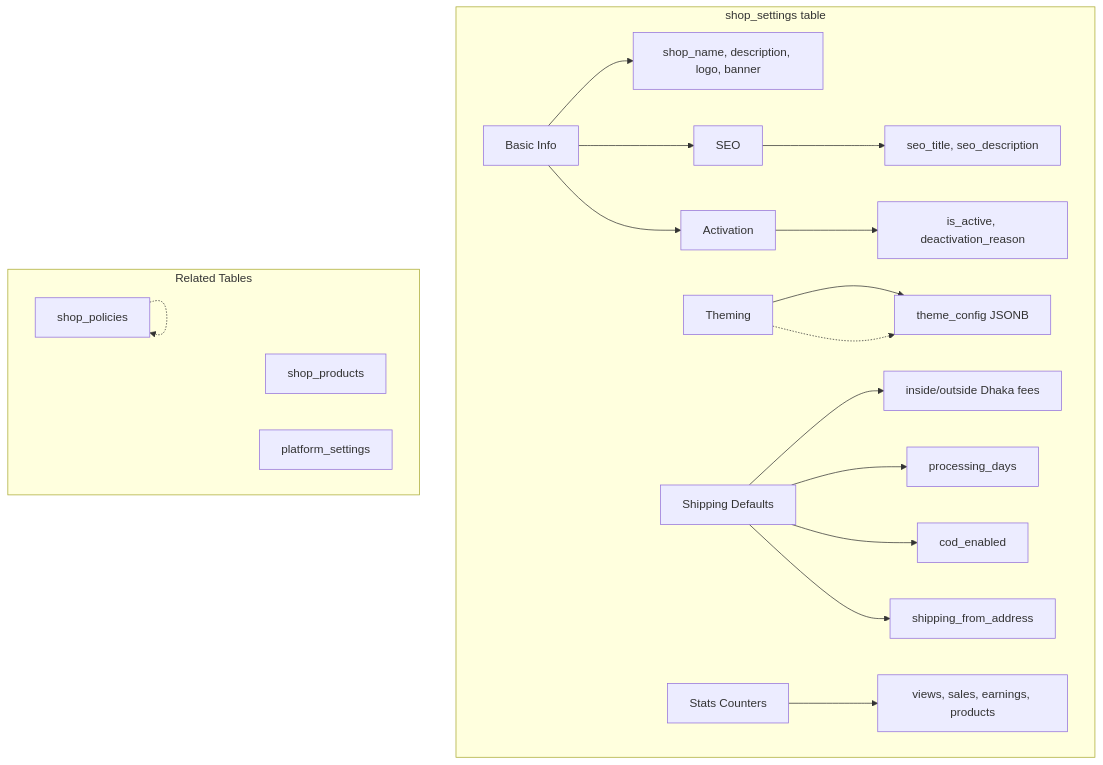
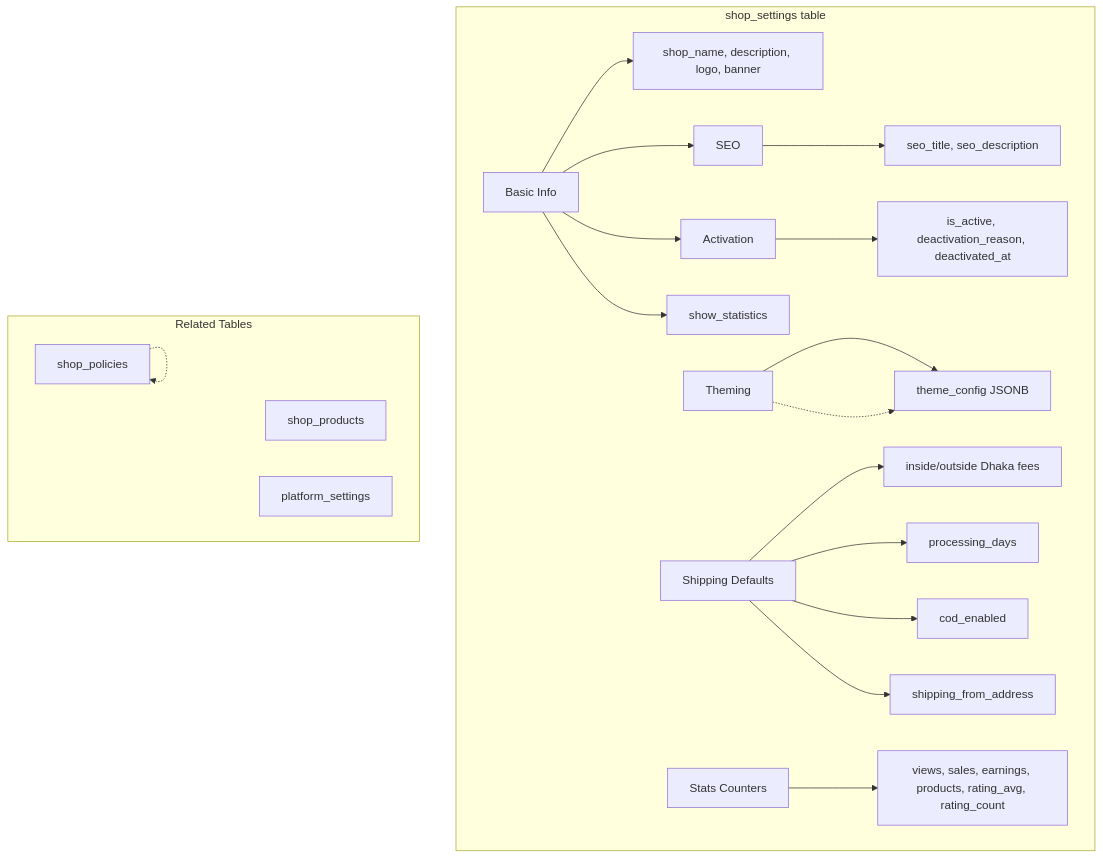
One commit to hobenakicoffee/libraries changed the diagram in docs/shop-service/backend/shop-settings.md. Above: the diagram before and after it, drawn with Mermaid. The commit also changed other lines of this file and 3 other files, not shown here.

First line of the commit message:
feat: add shop stats visibility opt-in and deactivated_at timestamp

````diff
--- a/docs/shop-service/backend/shop-settings.md
+++ b/docs/shop-service/backend/shop-settings.md
@@ -3,26 +3,27 @@
 ```mermaid
 graph TB
     subgraph "shop_settings table"
         A[Basic Info] --> B[shop_name, description, logo, banner]
         A --> C[SEO] --> D[seo_title, seo_description]
-        A --> E[Activation] --> F[is_active, deactivation_reason]
-        
+        A --> E[Activation] --> F[is_active, deactivation_reason, deactivated_at]
+        A --> S[show_statistics]
+
         G[Theming] --> H[theme_config JSONB]
         
         I[Shipping Defaults] --> J[inside/outside Dhaka fees]
         I --> K[processing_days]
         I --> L[cod_enabled]
         I --> M[shipping_from_address]
         
-        N[Stats Counters] --> O[views, sales, earnings, products]
+        N[Stats Counters] --> O[views, sales, earnings, products, rating_avg, rating_count]
     end
     
     subgraph "Related Tables"
         P[shop_policies]
         Q[shop_products]
         R[platform_settings]
     end
     
     G -.-> H
     P -.-> P
 ```
````
